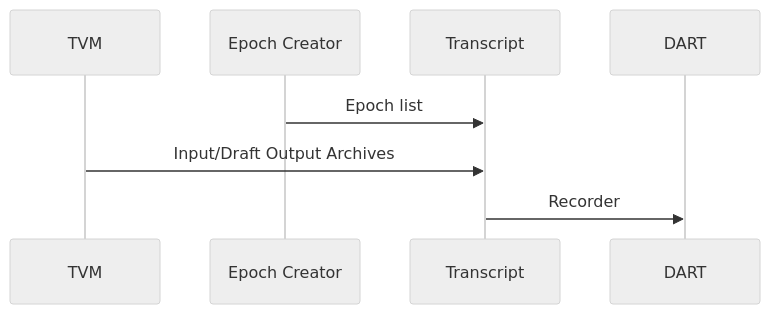
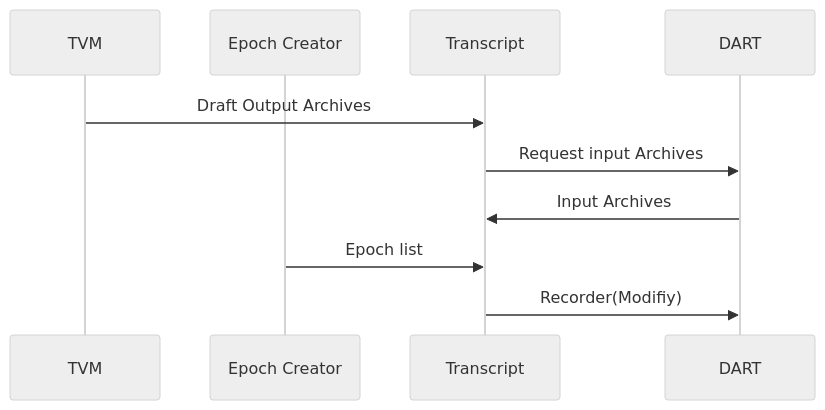
One commit to tagion/tagion changed the diagram in documents/architecture/Transcript.md. Above: the diagram before and after it, drawn with Mermaid (neutral theme). The commit also changed other lines of this file and 1 other file, not shown here.

Commit message:
WIP: TVM.md and Transcript.md updated

````diff
--- a/documents/architecture/Transcript.md
+++ b/documents/architecture/Transcript.md
@@ -16,10 +17,12 @@
 ```mermaid
 sequenceDiagram
     participant TVM 
     participant Epoch Creator 
     participant Transcript
     participant DART 
+    TVM ->> Transcript: Draft Output Archives
+    Transcript ->> DART: Request input Archives
+    DART ->> Transcript : Input Archives
     Epoch Creator ->> Transcript: Epoch list  
-    TVM ->> Transcript: Input/Draft Output Archives
-    Transcript ->> DART: Recorder
+    Transcript ->> DART: Recorder(Modifiy)
 ```
````
